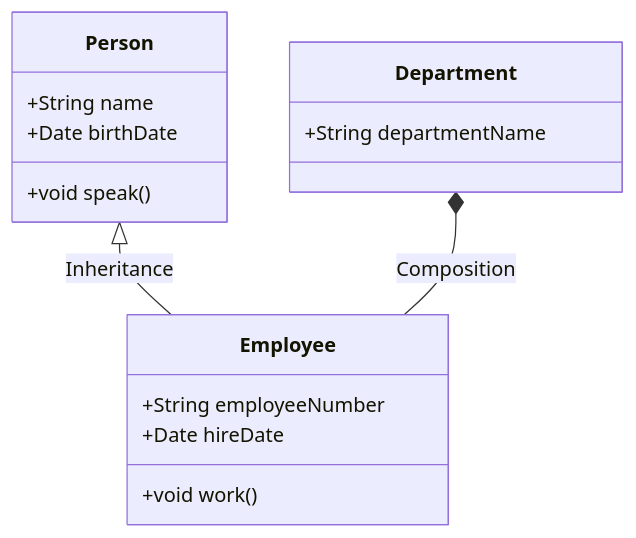
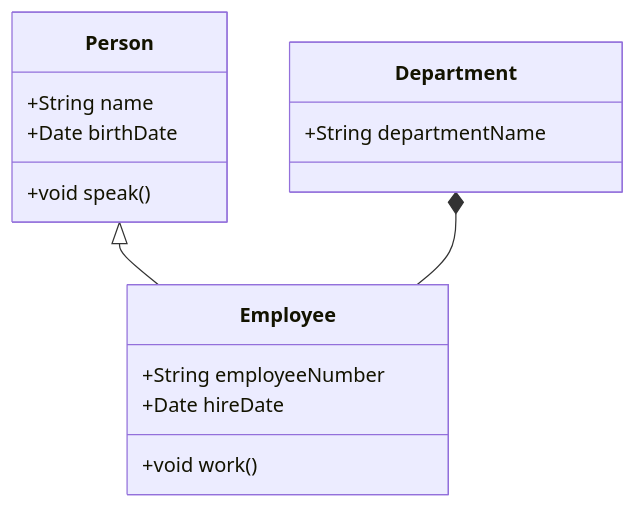
The fourth of 4 diagrams in uml/readme.md (SuPPoLzZ/Python-oo-Daniel-Lasecki-school), drawn with Mermaid before and after one commit. The commit also changed other lines of this file, not shown here.

Commit message:
Update readme.md diagrams

````diff
--- a/uml/readme.md
+++ b/uml/readme.md
@@ -68,18 +68,18 @@
 ```mermaid
 classDiagram
     class Person {
       +String name
       +Date birthDate
       +void speak()
     }
     class Employee {
       +String employeeNumber
       +Date hireDate
       +void work()
     }
     class Department {
       +String departmentName
     }
-    Person <|-- Employee : Inheritance
-    Department *-- Employee : Composition
+    Person <|-- Employee
+    Department *-- Employee
 ```
````
